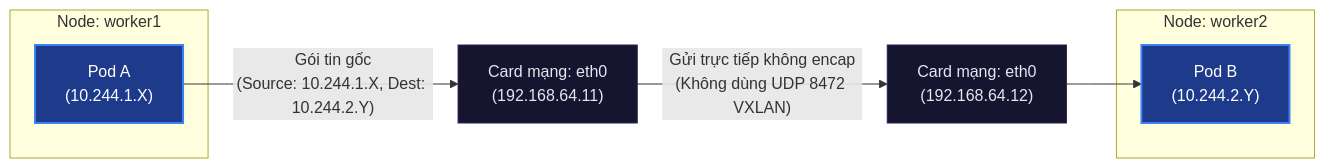
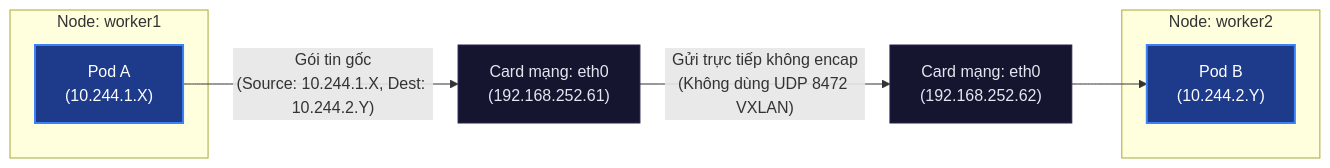
Before and after one commit to thangphan205/network-thuc-chien: the diagram in kubernetes-networking/k8s-lab/tap-16-bgp-calico/lab-guide.md, drawn with Mermaid. The commit also changed other lines of this file, not shown here.

````diff
--- a/kubernetes-networking/k8s-lab/tap-16-bgp-calico/lab-guide.md
+++ b/kubernetes-networking/k8s-lab/tap-16-bgp-calico/lab-guide.md
@@ -19,18 +19,18 @@
 ```mermaid
 graph LR
     subgraph Worker1 [Node: worker1]
         PodA["Pod A<br>(10.244.1.X)"]
     end
     subgraph Worker2 [Node: worker2]
         PodB["Pod B<br>(10.244.2.Y)"]
     end
     
-    PodA -->|"Gói tin gốc<br>(Source: 10.244.1.X, Dest: 10.244.2.Y)"| eth0_w1["Card mạng: eth0<br>(192.168.64.11)"]
-    eth0_w1 -->|"Gửi trực tiếp không encap<br>(Không dùng UDP 8472 VXLAN)"| eth0_w2["Card mạng: eth0<br>(192.168.64.12)"]
+    PodA -->|"Gói tin gốc<br>(Source: 10.244.1.X, Dest: 10.244.2.Y)"| eth0_w1["Card mạng: eth0<br>(192.168.252.61)"]
+    eth0_w1 -->|"Gửi trực tiếp không encap<br>(Không dùng UDP 8472 VXLAN)"| eth0_w2["Card mạng: eth0<br>(192.168.252.62)"]
     eth0_w2 --> PodB
     
     classDef pod fill:#1e3a8a,stroke:#3b82f6,stroke-width:2px,color:#fff;
     classDef card fill:#151530,stroke:#2a2050,color:#e2e8f0;
     class PodA,PodB pod;
     class eth0_w1,eth0_w2 card;
 ```
````
